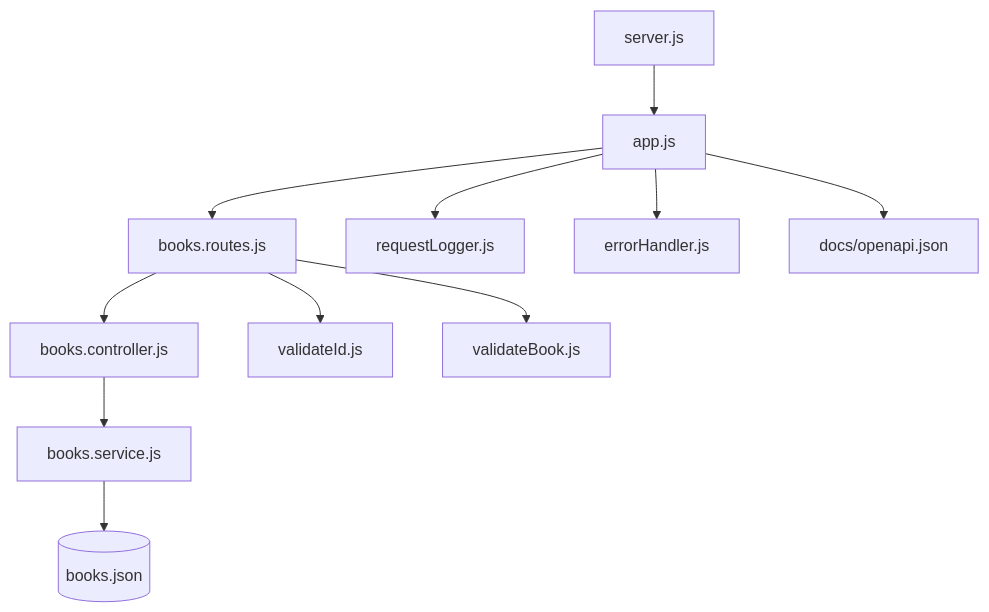
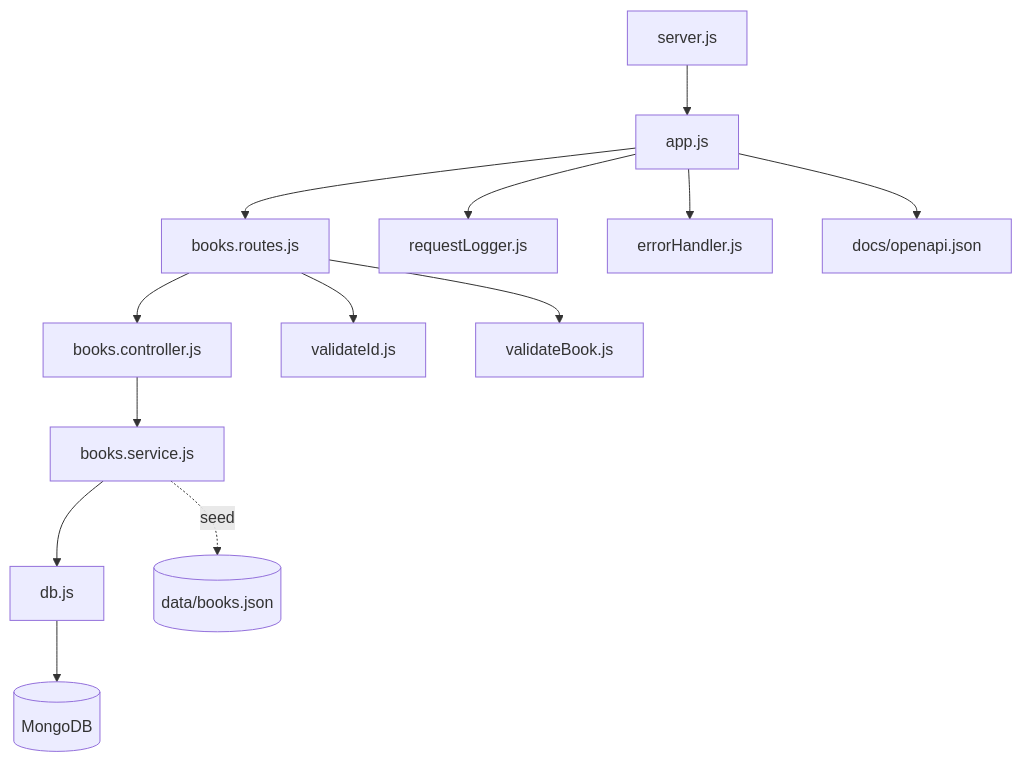
Before and after one commit to das77/fsep-node-express-api: the fourth of 5 diagrams in docs/ARCHITECTURE.md, drawn with Mermaid. The commit also changed other lines of this file, not shown here.

Commit message:
feat: update architecture documentation to reflect MongoDB integration and connection lifecycle

````diff
--- a/docs/ARCHITECTURE.md
+++ b/docs/ARCHITECTURE.md
@@ -83,13 +86,15 @@
 ```mermaid
 flowchart TD
     server[server.js] --> app[app.js]
     app --> routes[books.routes.js]
     app --> logger[requestLogger.js]
     app --> errh[errorHandler.js]
     app --> spec[docs/openapi.json]
     routes --> ctrl[books.controller.js]
     routes --> vid[validateId.js]
     routes --> vbook[validateBook.js]
     ctrl --> svc[books.service.js]
-    svc --> data[(books.json)]
+    svc --> db[db.js]
+    db --> mongo[(MongoDB)]
+    svc -.seed.-> seedfile[(data/books.json)]
 ```
````
